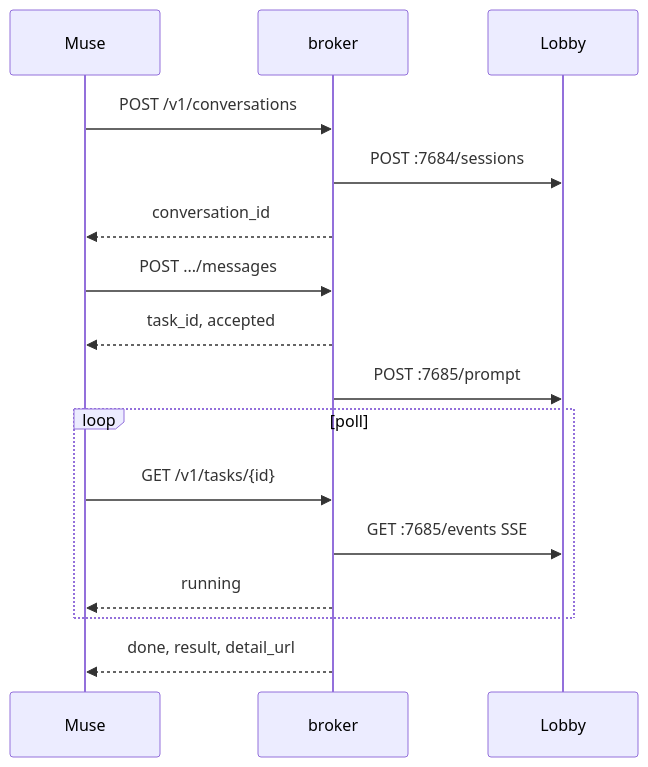
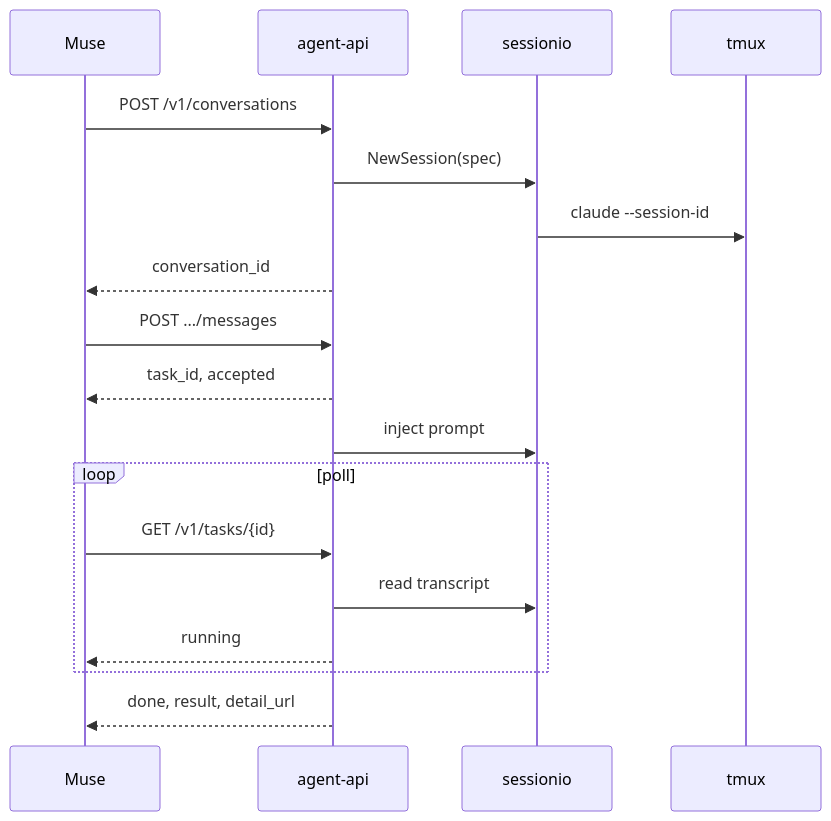
The second of 2 diagrams in docs/plans/2026-09-14-muse-agent-broker-design.md (ViktorBarzin/infra), drawn with Mermaid before and after one commit. The commit also changed other lines of this file, not shown here.

````diff
--- a/docs/plans/2026-09-14-muse-agent-broker-design.md
+++ b/docs/plans/2026-09-14-muse-agent-broker-design.md
@@ -182,18 +200,20 @@
 ```mermaid
 sequenceDiagram
   participant M as Muse
-  participant B as broker
-  participant L as Lobby
-  M->>B: POST /v1/conversations
-  B->>L: POST :7684/sessions
-  B-->>M: conversation_id
-  M->>B: POST .../messages
-  B-->>M: task_id, accepted
-  B->>L: POST :7685/prompt
+  participant A as agent-api
+  participant S as sessionio
+  participant T as tmux
+  M->>A: POST /v1/conversations
+  A->>S: NewSession(spec)
+  S->>T: claude --session-id
+  A-->>M: conversation_id
+  M->>A: POST .../messages
+  A-->>M: task_id, accepted
+  A->>S: inject prompt
   loop poll
-    M->>B: GET /v1/tasks/{id}
-    B->>L: GET :7685/events SSE
-    B-->>M: running
+    M->>A: GET /v1/tasks/{id}
+    A->>S: read transcript
+    A-->>M: running
   end
-  B-->>M: done, result, detail_url
+  A-->>M: done, result, detail_url
 ```
````
